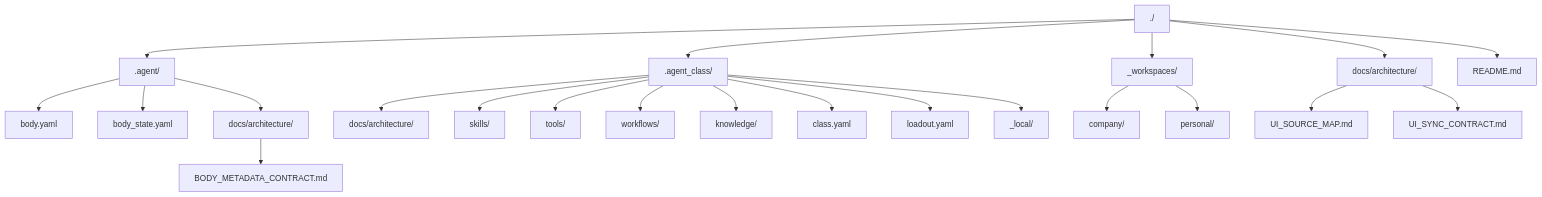
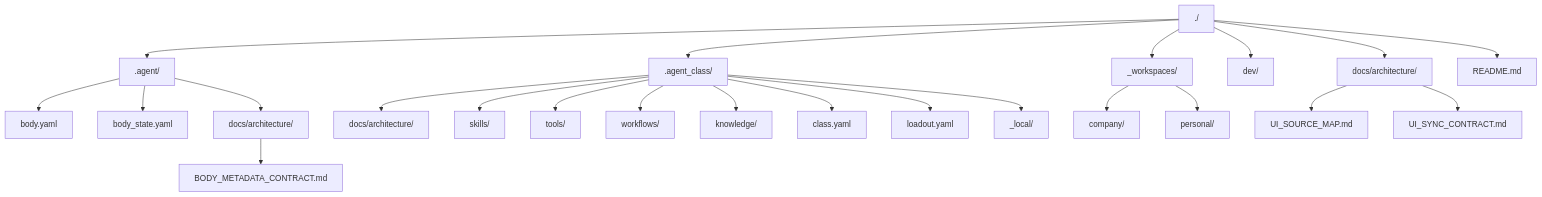
Before and after one commit to SungYongMOON/soulforge: the diagram in docs/architecture/TARGET_TREE.md, drawn with Mermaid. The commit also changed other lines of this file and 26 other files, not shown here.

````diff
--- a/docs/architecture/TARGET_TREE.md
+++ b/docs/architecture/TARGET_TREE.md
@@ -5,24 +5,25 @@
 ```mermaid
 flowchart TD
   Root["./"] --> A[".agent/"]
   Root --> C[".agent_class/"]
   Root --> W["_workspaces/"]
+  Root --> V["dev/"]
   Root --> D["docs/architecture/"]
   Root --> R["README.md"]
   A --> AY["body.yaml"]
   A --> AS["body_state.yaml"]
   A --> AD["docs/architecture/"]
   AD --> AB["BODY_METADATA_CONTRACT.md"]
   C --> CD["docs/architecture/"]
   C --> SK["skills/"]
   C --> TL["tools/"]
   C --> WF["workflows/"]
   C --> KN["knowledge/"]
   C --> CY["class.yaml"]
   C --> LY["loadout.yaml"]
   C --> CL["_local/"]
   W --> WC["company/"]
   W --> WP["personal/"]
   D --> DS["UI_SOURCE_MAP.md"]
   D --> DC["UI_SYNC_CONTRACT.md"]
 ```
````
